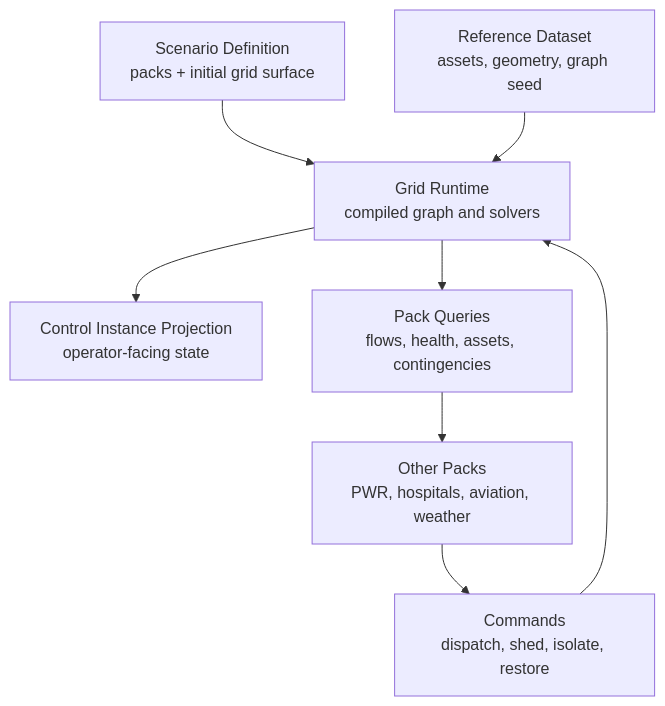
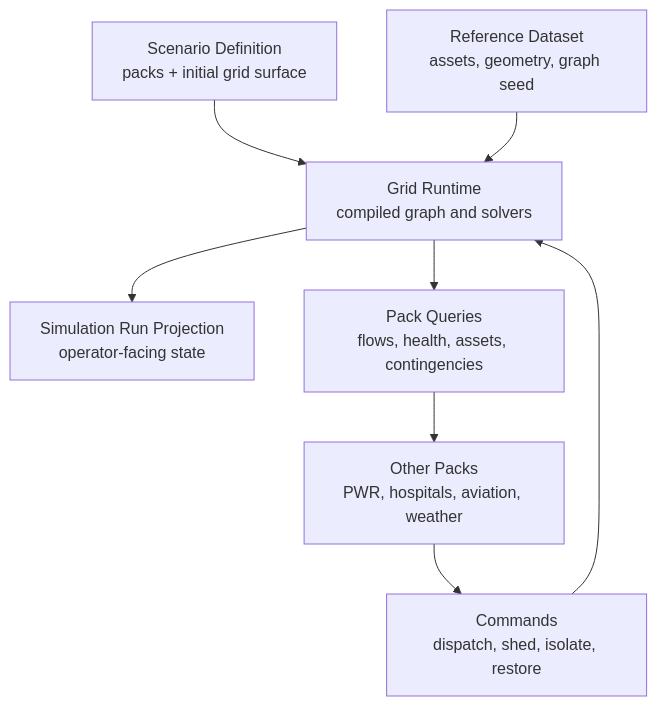
Before and after one commit to michaelhil/leitbild: the fourth of 4 diagrams in apps/leitbild/docs/wiki/electric-grid.md, drawn with Mermaid. The commit also changed other lines of this file and 441 other files, not shown here.

````diff
--- a/apps/leitbild/docs/wiki/electric-grid.md
+++ b/apps/leitbild/docs/wiki/electric-grid.md
@@ -651,18 +651,18 @@
 ```mermaid
 flowchart TB
   Scenario["Scenario Definition<br/>packs + initial grid surface"]
   Dataset["Reference Dataset<br/>assets, geometry, graph seed"]
   Runtime["Grid Runtime<br/>compiled graph and solvers"]
-  Projection["Control Instance Projection<br/>operator-facing state"]
+  Projection["Simulation Run Projection<br/>operator-facing state"]
   Queries["Pack Queries<br/>flows, health, assets, contingencies"]
   Commands["Commands<br/>dispatch, shed, isolate, restore"]
   OtherPacks["Other Packs<br/>PWR, hospitals, aviation, weather"]
 
   Scenario --> Runtime
   Dataset --> Runtime
   Runtime --> Projection
   Runtime --> Queries
   Commands --> Runtime
   OtherPacks --> Commands
   Queries --> OtherPacks
 ```
````
